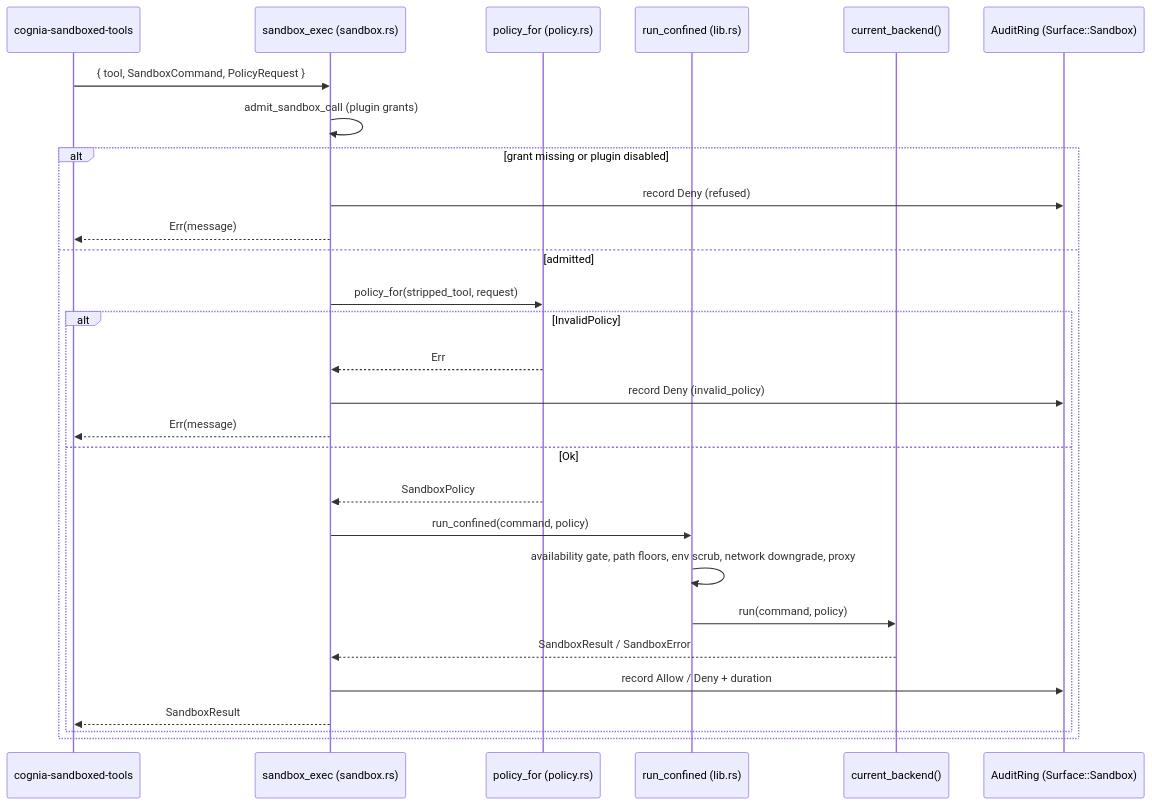
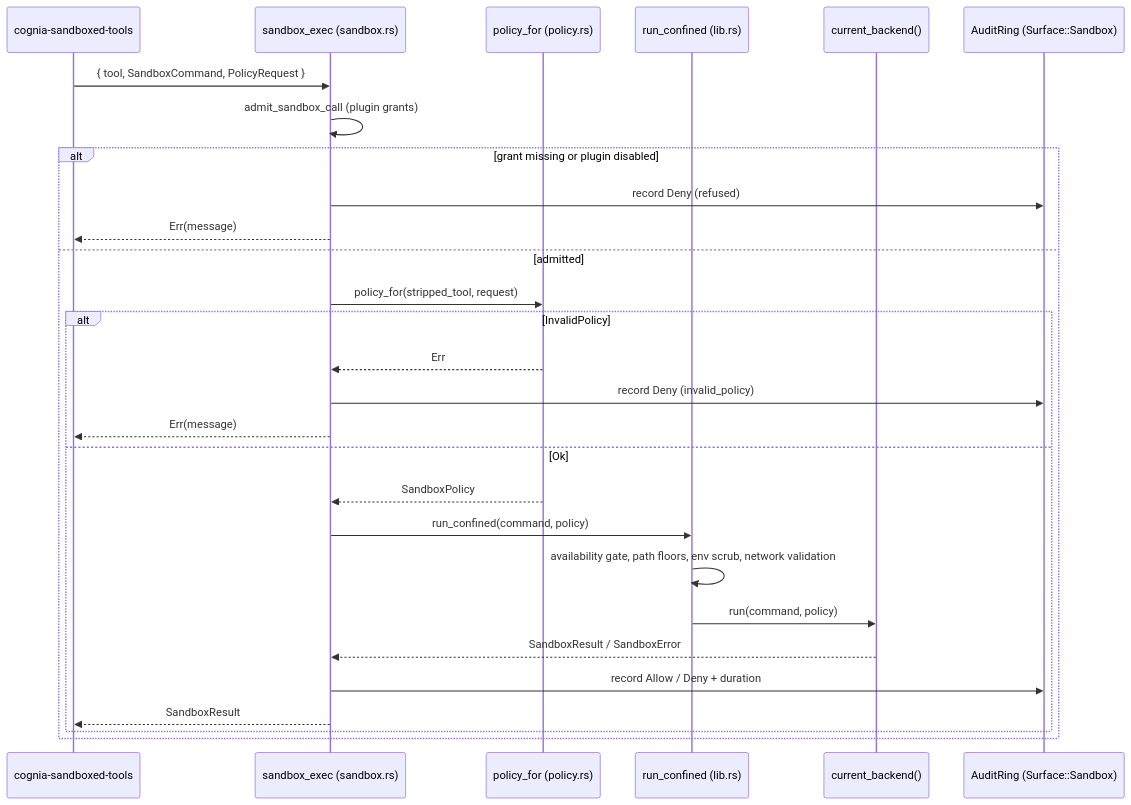
The diagram in docs/content/docs/en/subsystems/sandbox/os-backends.mdx (MaxQian888/cognia-next), drawn with Mermaid before and after one commit. The commit also changed other lines of this file and 36 other files, not shown here.

````diff
--- a/docs/content/docs/en/subsystems/sandbox/os-backends.mdx
+++ b/docs/content/docs/en/subsystems/sandbox/os-backends.mdx
@@ -140,31 +142,31 @@
 ```mermaid
 sequenceDiagram
   participant Plugin as cognia-sandboxed-tools
   participant Cmd as sandbox_exec (sandbox.rs)
   participant Pol as policy_for (policy.rs)
   participant Run as run_confined (lib.rs)
   participant Back as current_backend()
   participant Audit as AuditRing (Surface::Sandbox)
 
   Plugin->>Cmd: { tool, SandboxCommand, PolicyRequest }
   Cmd->>Cmd: admit_sandbox_call (plugin grants)
   alt grant missing or plugin disabled
     Cmd->>Audit: record Deny (refused)
     Cmd-->>Plugin: Err(message)
   else admitted
     Cmd->>Pol: policy_for(stripped_tool, request)
     alt InvalidPolicy
       Pol-->>Cmd: Err
       Cmd->>Audit: record Deny (invalid_policy)
       Cmd-->>Plugin: Err(message)
     else Ok
       Pol-->>Cmd: SandboxPolicy
       Cmd->>Run: run_confined(command, policy)
-      Run->>Run: availability gate, path floors, env scrub, network downgrade, proxy
+      Run->>Run: availability gate, path floors, env scrub, network validation
       Run->>Back: run(command, policy)
       Back-->>Cmd: SandboxResult / SandboxError
       Cmd->>Audit: record Allow / Deny + duration
       Cmd-->>Plugin: SandboxResult
     end
   end
 ```
````
